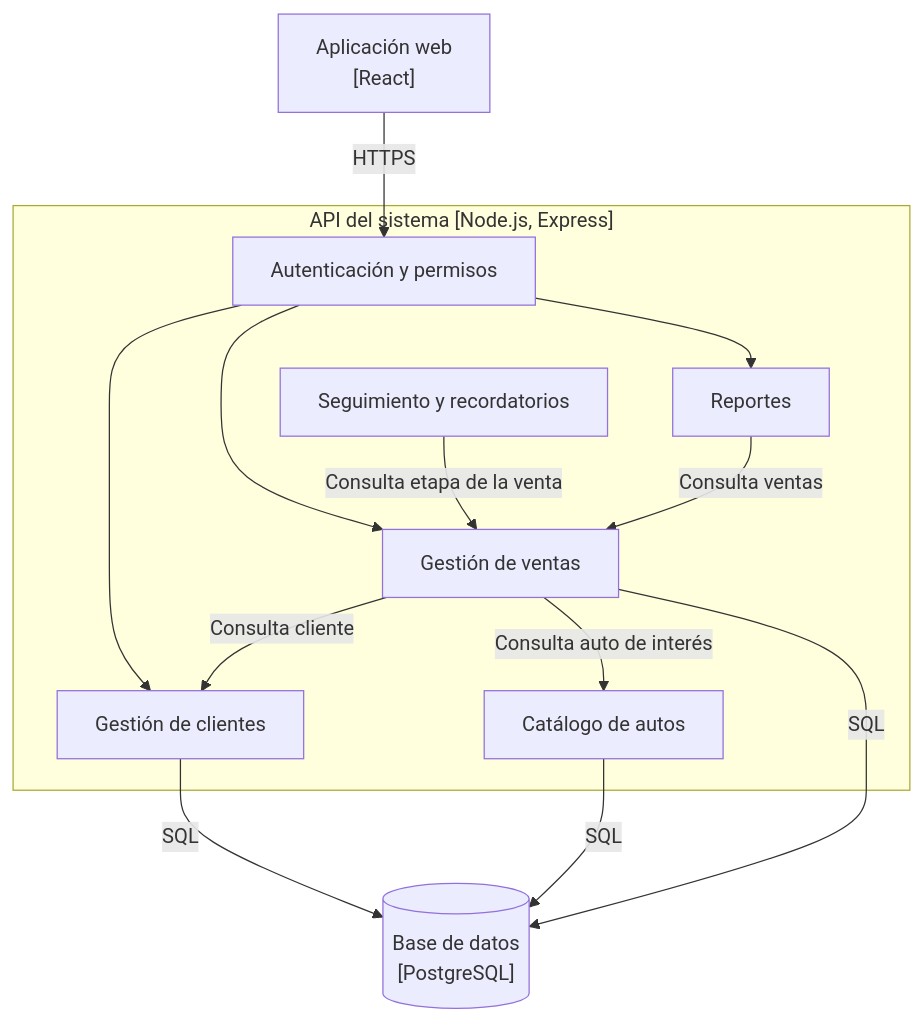
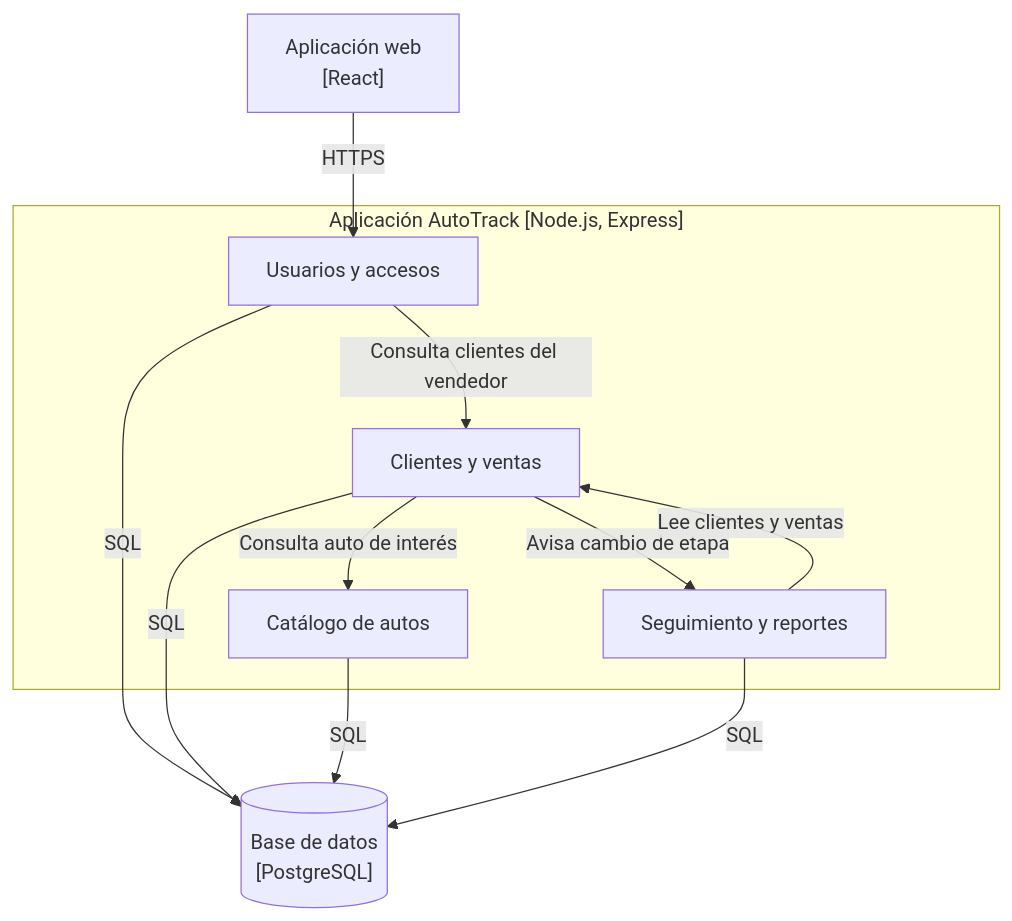
One commit to camils26/auto-tracker changed the third of 3 diagrams in docs/semana-11-diagramas.md. Above: the diagram before and after it, drawn with Mermaid. The commit also changed other lines of this file, not shown here.

````diff
--- a/docs/semana-11-diagramas.md
+++ b/docs/semana-11-diagramas.md
@@ -57,28 +41,23 @@
 ```mermaid
 flowchart TB
     Web["Aplicación web<br/>[React]"]
     BD[("Base de datos<br/>[PostgreSQL]")]
 
-    subgraph API["API del sistema [Node.js, Express]"]
-        Auth["Autenticación y permisos"]
-        Clientes["Gestión de clientes"]
+    subgraph App["Aplicación AutoTrack [Node.js, Express]"]
+        Accesos["Usuarios y accesos"]
+        Ventas["Clientes y ventas"]
         Catalogo["Catálogo de autos"]
-        Ventas["Gestión de ventas"]
-        Seguimiento["Seguimiento y recordatorios"]
-        Reportes["Reportes"]
+        Seguimiento["Seguimiento y reportes"]
     end
 
-    Web -->|"HTTPS"| Auth
-    Auth --> Clientes
-    Auth --> Ventas
-    Auth --> Reportes
+    Web -->|"HTTPS"| Accesos
+    Accesos -->|"Consulta clientes del vendedor"| Ventas
+    Ventas -->|"Consulta auto de interés"| Catalogo
+    Ventas -->|"Avisa cambio de etapa"| Seguimiento
+    Seguimiento -->|"Lee clientes y ventas"| Ventas
 
-    Ventas -->|"Consulta cliente"| Clientes
-    Ventas -->|"Consulta auto de interés"| Catalogo
-    Seguimiento -->|"Consulta etapa de la venta"| Ventas
-    Reportes -->|"Consulta ventas"| Ventas
-
-    Clientes -->|"SQL"| BD
+    Accesos -->|"SQL"| BD
+    Ventas -->|"SQL"| BD
     Catalogo -->|"SQL"| BD
-    Ventas -->|"SQL"| BD
+    Seguimiento -->|"SQL"| BD
 ```
````
